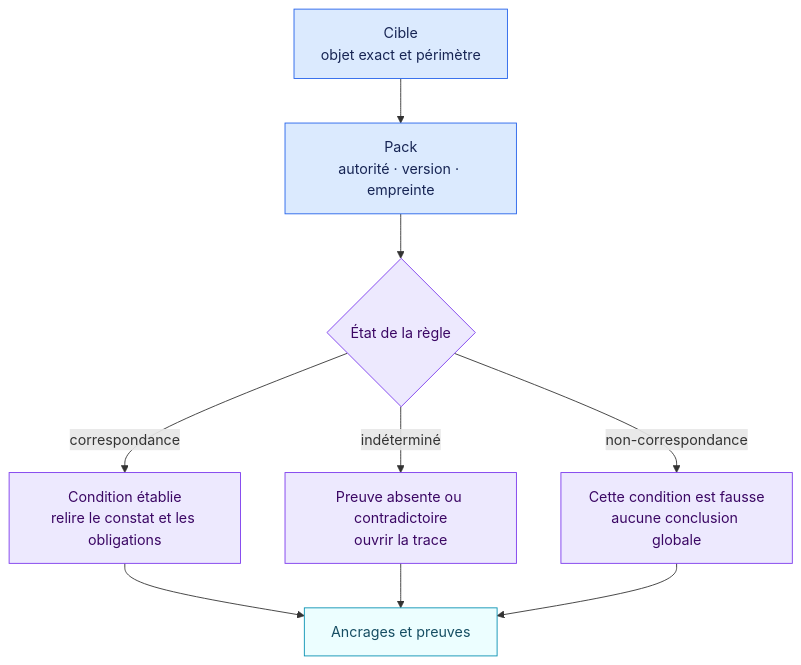
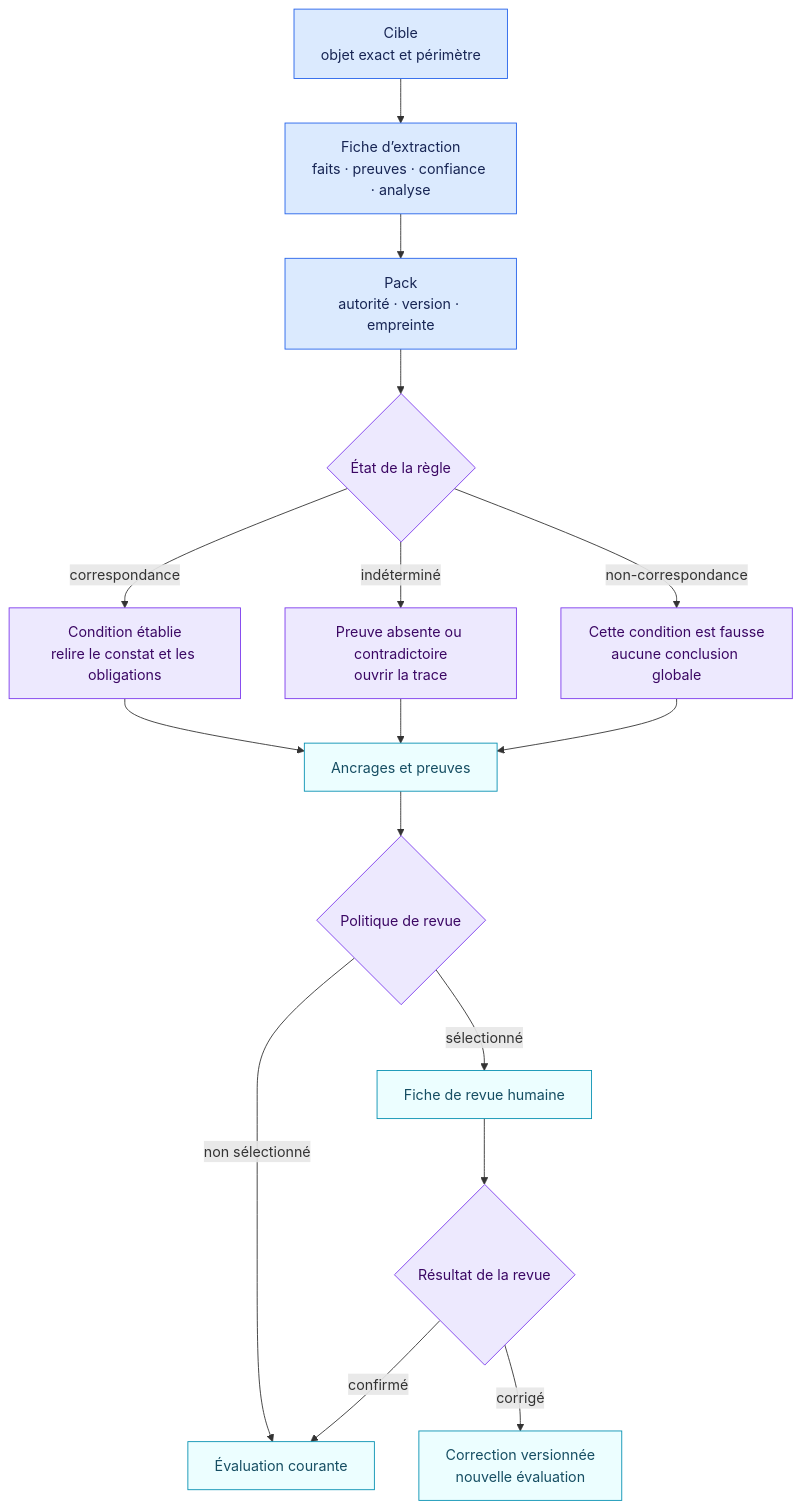
Before and after one commit to NickChaps/Open-AIRS: the diagram in docs/fr/lire-une-evaluation.md, drawn with Mermaid. The commit also changed other lines of this file and 41 other files, not shown here.

````diff
--- a/docs/fr/lire-une-evaluation.md
+++ b/docs/fr/lire-une-evaluation.md
@@ -5,18 +5,25 @@
 ```mermaid
 flowchart TB
-    T["Cible<br/>objet exact et périmètre"] --> P["Pack<br/>autorité · version · empreinte"]
+    T["Cible<br/>objet exact et périmètre"] --> X["Fiche d’extraction<br/>faits · preuves · confiance · analyse"]
+    X --> P["Pack<br/>autorité · version · empreinte"]
     P --> S{"État de la règle"}
     S -->|"correspondance"| M["Condition établie<br/>relire le constat et les obligations"]
     S -->|"indéterminé"| U["Preuve absente ou contradictoire<br/>ouvrir la trace"]
     S -->|"non-correspondance"| N["Cette condition est fausse<br/>aucune conclusion globale"]
     M --> A["Ancrages et preuves"]
     U --> A
     N --> A
+    A --> Q{"Politique de revue"}
+    Q -->|"sélectionné"| H["Fiche de revue humaine"]
+    Q -->|"non sélectionné"| C["Évaluation courante"]
+    H --> D{"Résultat de la revue"}
+    D -->|"confirmé"| C
+    D -->|"corrigé"| V["Correction versionnée<br/>nouvelle évaluation"]
 
     classDef identity fill:#dbeafe,stroke:#2563eb,color:#172554
     classDef status fill:#ede9fe,stroke:#7c3aed,color:#3b0764
     classDef trace fill:#ecfeff,stroke:#0891b2,color:#164e63
-    class T,P identity
-    class S,M,U,N status
-    class A trace
+    class T,X,P identity
+    class S,M,U,N,Q,D status
+    class A,H,C,V trace
 ```
````
